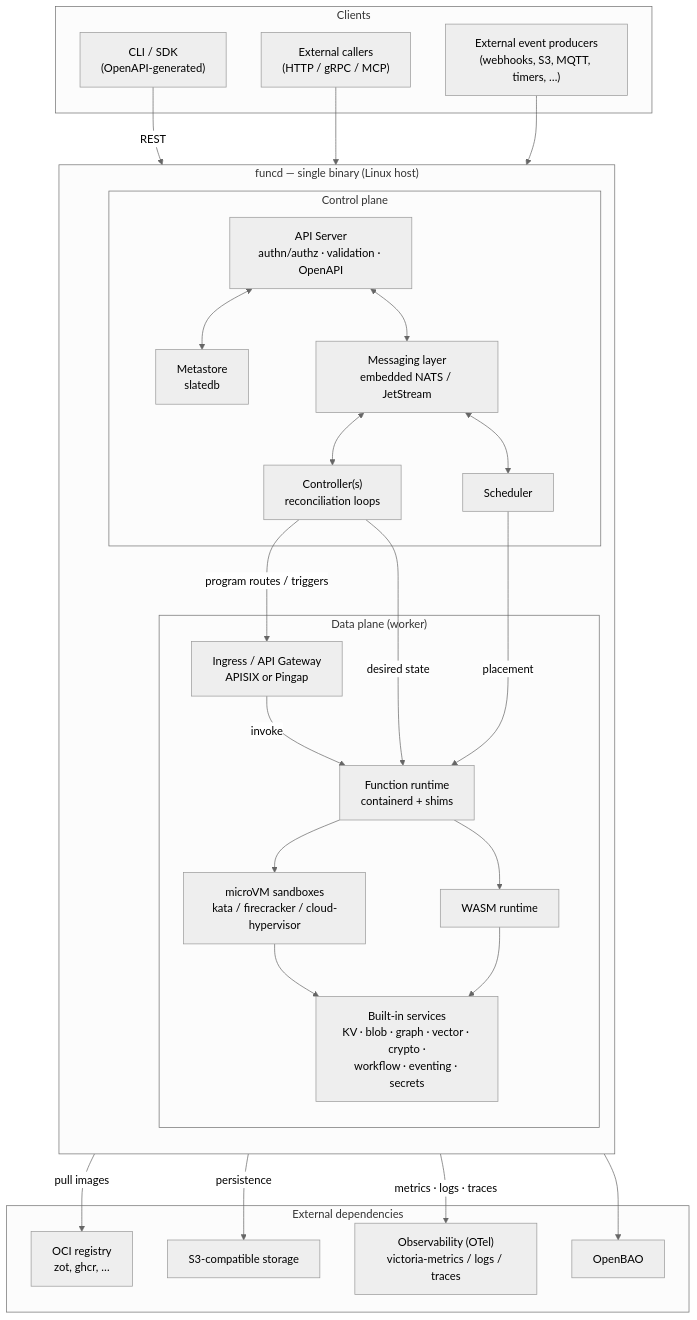
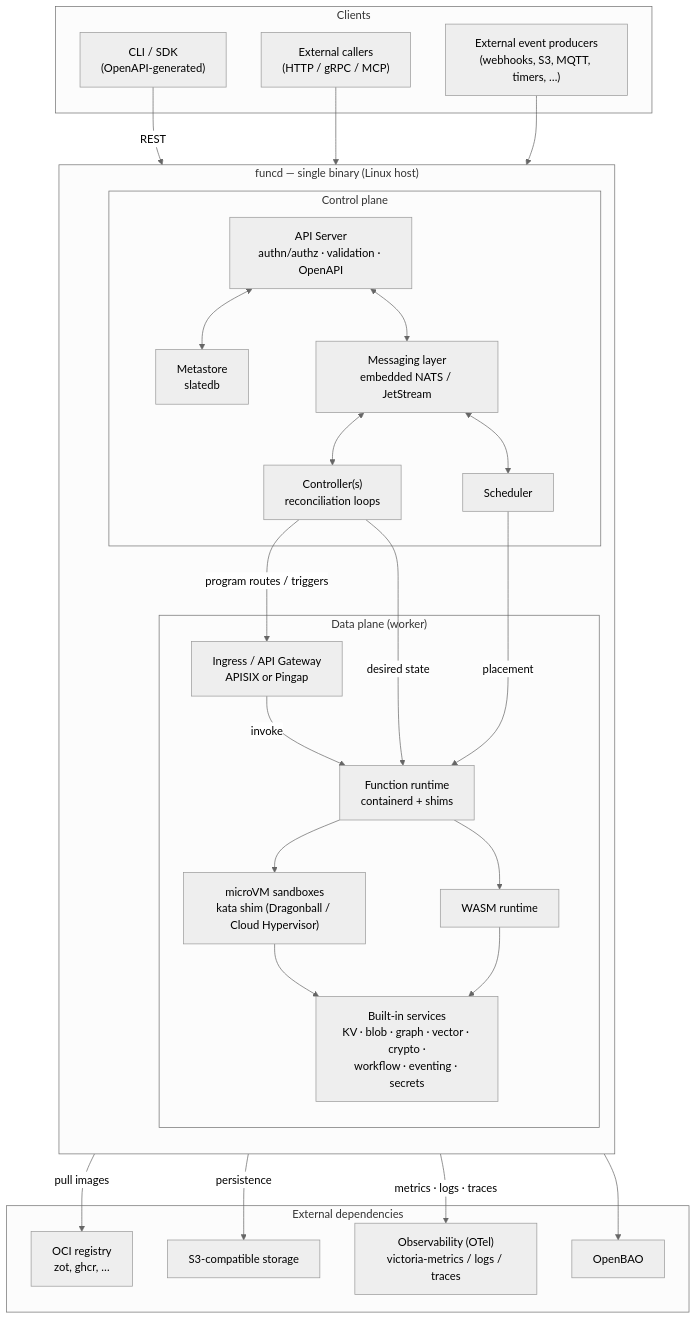
Before and after one commit to pyvvo/funcd: the sixth of 8 diagrams in blueprint.md, drawn with Mermaid (neutral theme). The commit also changed other lines of this file and 1 other file, not shown here.

Commit message:
feat: Update SPEC.md and blueprint.md with detailed execution mechanics and architecture clarifications

````diff
--- a/blueprint.md
+++ b/blueprint.md
@@ -363,53 +460,53 @@
 ```mermaid
 flowchart TB
     subgraph Clients["Clients"]
         CLI["CLI / SDK<br/>(OpenAPI-generated)"]
         Callers["External callers<br/>(HTTP / gRPC / MCP)"]
         Producers["External event producers<br/>(webhooks, S3, MQTT, timers, …)"]
     end
 
     subgraph Binary["funcd — single binary (Linux host)"]
         direction TB
         subgraph CP["Control plane"]
             API["API Server<br/>authn/authz · validation · OpenAPI"]
             Ctrl["Controller(s)<br/>reconciliation loops"]
             Sched["Scheduler"]
             Bus["Messaging layer<br/>embedded NATS / JetStream"]
             Meta["Metastore<br/>slatedb"]
         end
         subgraph DP["Data plane (worker)"]
             GW["Ingress / API Gateway<br/>APISIX or Pingap"]
             RT["Function runtime<br/>containerd + shims"]
-            VM["microVM sandboxes<br/>kata / firecracker / cloud-hypervisor"]
+            VM["microVM sandboxes<br/>kata shim (Dragonball / Cloud Hypervisor)"]
             WASM["WASM runtime"]
             SVC["Built-in services<br/>KV · blob · graph · vector · crypto ·<br/>workflow · eventing · secrets"]
         end
     end
 
     subgraph Ext["External dependencies"]
         REG["OCI registry<br/>zot, ghcr, …"]
         S3["S3-compatible storage"]
         OBS["Observability (OTel)<br/>victoria-metrics / logs / traces"]
         BAO["OpenBAO"]
     end
 
     CLI -- REST --> API
     Callers --> GW
     Producers --> GW
     GW -- invoke --> RT
     RT --> VM
     RT --> WASM
     API <--> Meta
     API <--> Bus
     Bus <--> Ctrl
     Bus <--> Sched
     Ctrl -- "program routes / triggers" --> GW
     Ctrl -- "desired state" --> RT
     Sched -- placement --> RT
     VM --> SVC
     WASM --> SVC
     SVC --> BAO
     Meta -- persistence --> S3
     RT -- "pull images" --> REG
     Binary -- "metrics · logs · traces" --> OBS
 ```
````
